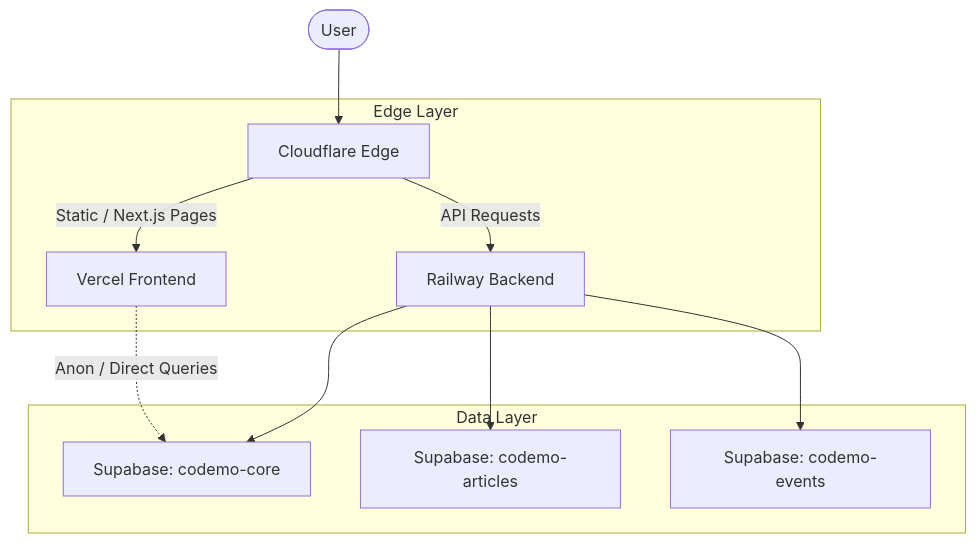
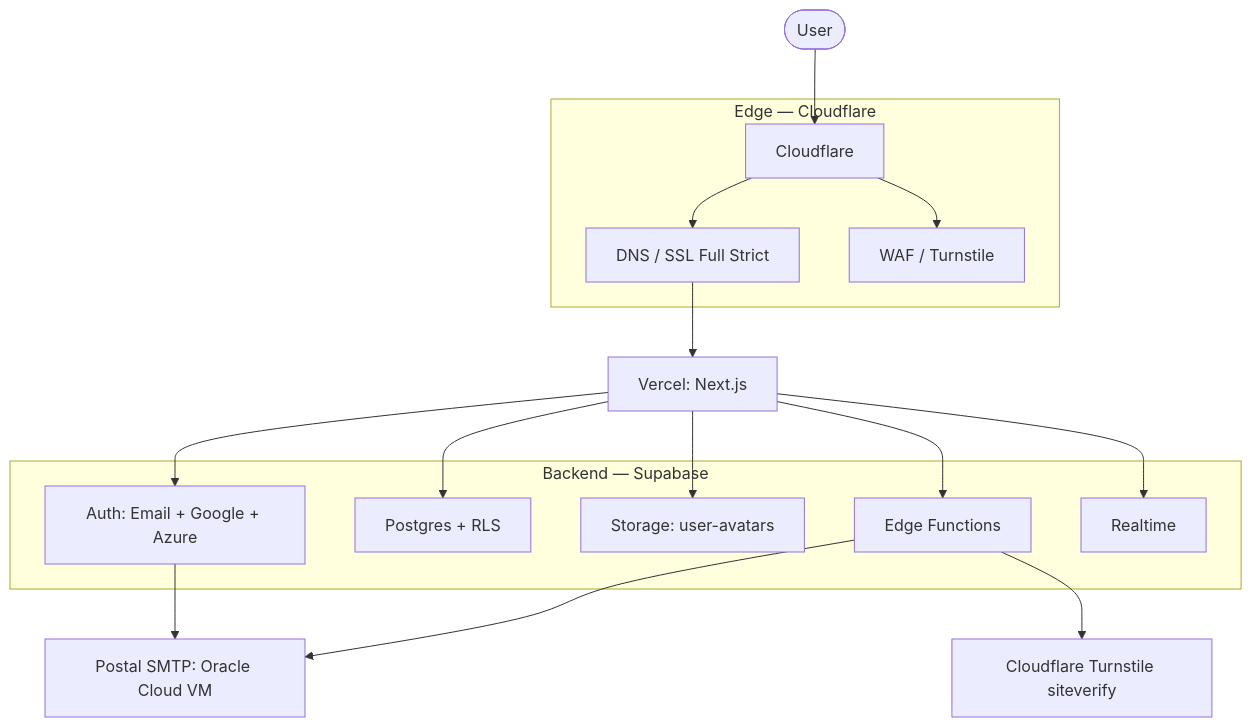
The diagram in docs/ARCHITECTURE.md (uzairshahidgithub/codeme_website), drawn with Mermaid before and after one commit. The commit also changed other lines of this file and 273 other files, not shown here.

````diff
--- a/docs/ARCHITECTURE.md
+++ b/docs/ARCHITECTURE.md
@@ -7,17 +7,28 @@
 ```mermaid
 flowchart TD
-    User([User]) --> CF[Cloudflare Edge]
-    
-    subgraph Edge Layer
-        CF --> |Static / Next.js Pages| Vercel[Vercel Frontend]
-        CF --> |API Requests| Railway[Railway Backend]
+    User([User]) --> CF[Cloudflare]
+
+    subgraph "Edge — Cloudflare"
+        CF --> CFDNS[DNS / SSL Full Strict]
+        CF --> CFWAF[WAF / Turnstile]
     end
-    
-    subgraph Data Layer
-        Railway --> SC[Supabase: codemo-core]
-        Railway --> SA[Supabase: codemo-articles]
-        Railway --> SE[Supabase: codemo-events]
+
+    CFDNS --> Vercel[Vercel: Next.js]
+
+    subgraph "Backend — Supabase"
+        Auth[Auth: Email + Google + Azure]
+        DB[Postgres + RLS]
+        Storage[Storage: user-avatars]
+        EdgeFn[Edge Functions]
+        RT[Realtime]
     end
-    
-    Vercel -.-> |Anon / Direct Queries| SC
+
+    Vercel --> Auth
+    Vercel --> DB
+    Vercel --> Storage
+    Vercel --> EdgeFn
+    Vercel --> RT
+    EdgeFn --> Postal[Postal SMTP: Oracle Cloud VM]
+    Auth --> Postal
+    EdgeFn --> Turnstile[Cloudflare Turnstile siteverify]
 ```
````
